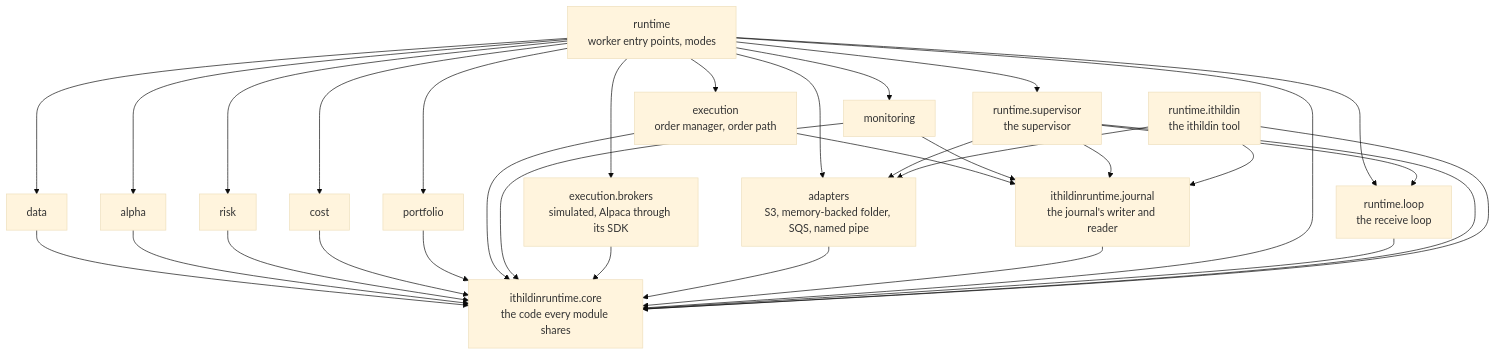
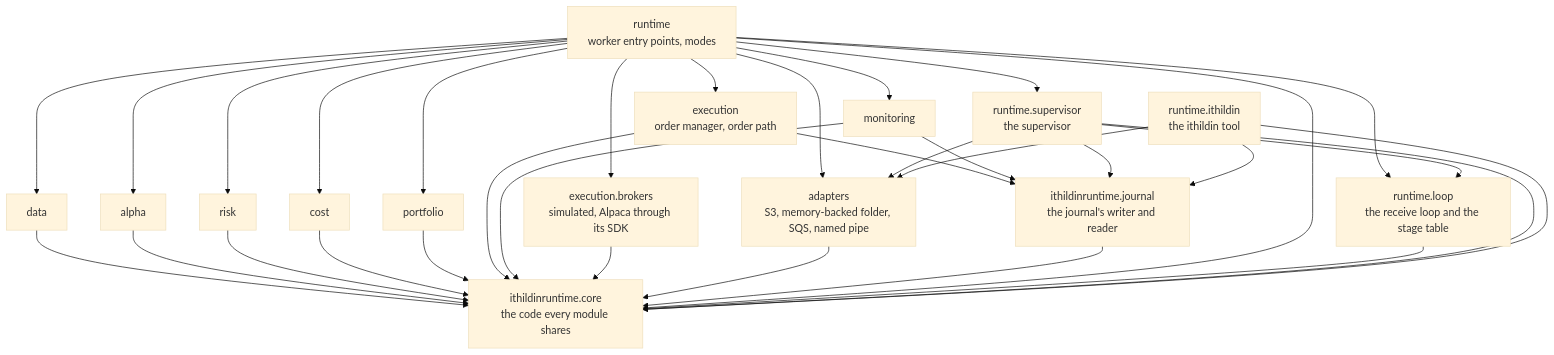
Before and after one commit to l3a0/ithildin-runtime: the seventh of 7 diagrams in docs/architecture/05-building-blocks.md, drawn with Mermaid (base theme). The commit also changed other lines of this file and 23 other files, not shown here.

````diff
--- a/docs/architecture/05-building-blocks.md
+++ b/docs/architecture/05-building-blocks.md
@@ -986,51 +1005,51 @@
 ```mermaid
 flowchart TB
     core["ithildinruntime.core<br/>the code every module shares"]
     journal["ithildinruntime.journal<br/>the journal's writer and reader"]
     adapters["adapters<br/>S3, memory-backed folder, SQS, named pipe"]
     data["data"]
     alpha["alpha"]
     risk["risk"]
     cost["cost"]
     portfolio["portfolio"]
     execution["execution<br/>order manager, order path"]
     brokers["execution.brokers<br/>simulated, Alpaca through its SDK"]
     monitoring["monitoring"]
     runtime["runtime<br/>worker entry points, modes"]
-    loop["runtime.loop<br/>the receive loop"]
+    loop["runtime.loop<br/>the receive loop and the stage table"]
     supervisor["runtime.supervisor<br/>the supervisor"]
     tool["runtime.ithildin<br/>the ithildin tool"]
 
     data --> core
     alpha --> core
     risk --> core
     cost --> core
     portfolio --> core
     execution --> core
     monitoring --> core
     brokers --> core
     adapters --> core
     journal --> core
     execution --> journal
     monitoring --> journal
     runtime --> core
     runtime --> adapters
     runtime --> data
     runtime --> alpha
     runtime --> risk
     runtime --> cost
     runtime --> portfolio
     runtime --> execution
     runtime --> brokers
     runtime --> monitoring
     runtime --> loop
     runtime --> supervisor
     loop --> core
     supervisor --> core
     supervisor --> journal
     supervisor --> adapters
     supervisor --> loop
     tool --> core
     tool --> adapters
     tool --> journal
 ```
````
